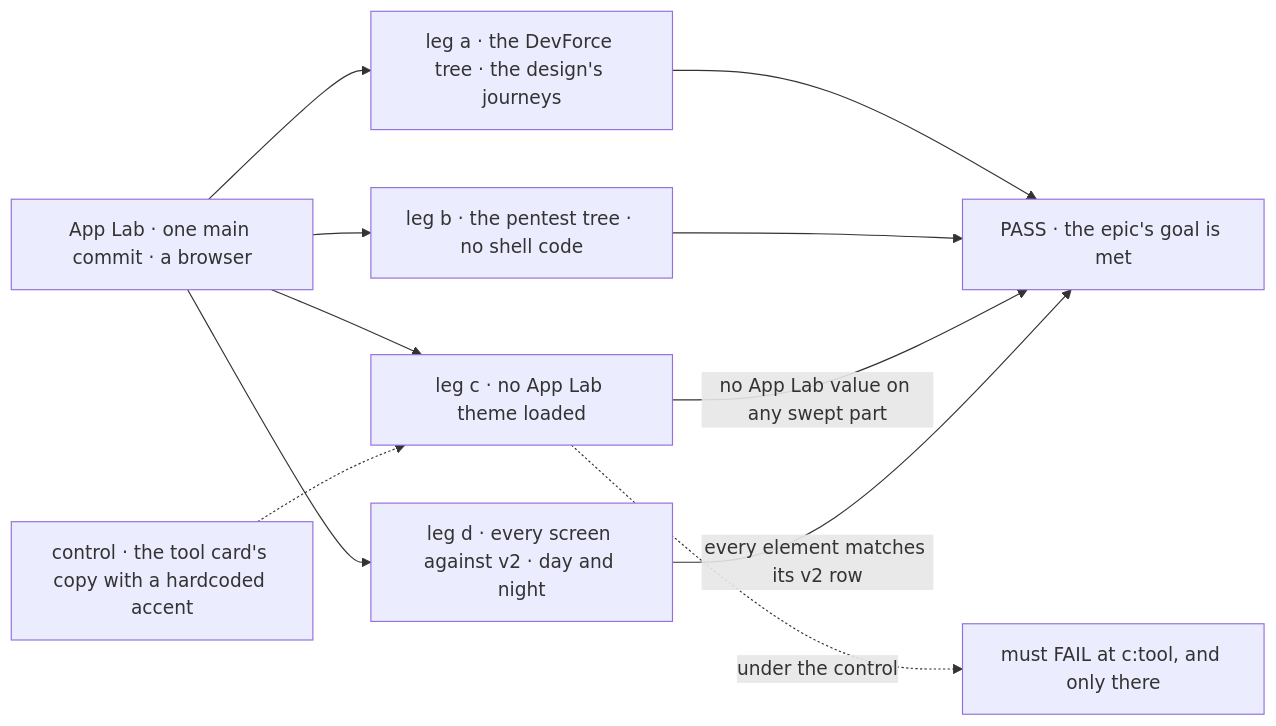
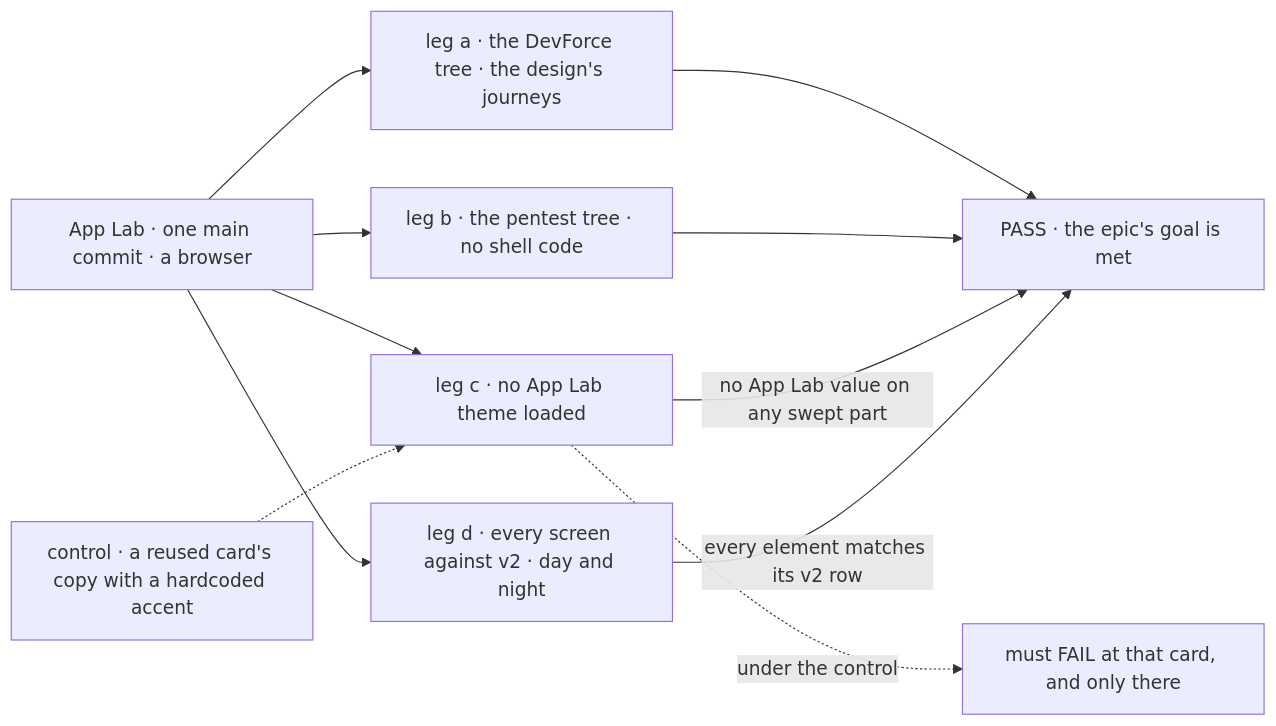
One commit to fixpoint-labs/flow-state-dev changed the first of 2 diagrams in specs/epics/FIX-1649/SPEC.md. Above: the diagram before and after it, drawn with Mermaid. The commit also changed other lines of this file and 4 other files, not shown here.

````diff
--- a/specs/epics/FIX-1649/SPEC.md
+++ b/specs/epics/FIX-1649/SPEC.md
@@ -64,13 +64,13 @@
 ```mermaid
 flowchart LR
   A["App Lab · one main commit · a browser"] --> L1["leg a · the DevForce tree · the design's journeys"]
   A --> L2["leg b · the pentest tree · no shell code"]
   A --> L3["leg c · no App Lab theme loaded"]
   A --> L4["leg d · every screen against v2 · day and night"]
   L1 --> P["PASS · the epic's goal is met"]
   L2 --> P
   L3 -->|"no App Lab value on any swept part"| P
   L4 -->|"every element matches its v2 row"| P
-  C["control · the tool card's copy with a hardcoded accent"] -.-> L3
-  L3 -.->|"under the control"| F["must FAIL at c:tool, and only there"]
+  C["control · a reused card's copy with a hardcoded accent"] -.-> L3
+  L3 -.->|"under the control"| F["must FAIL at that card, and only there"]
 ```
````
